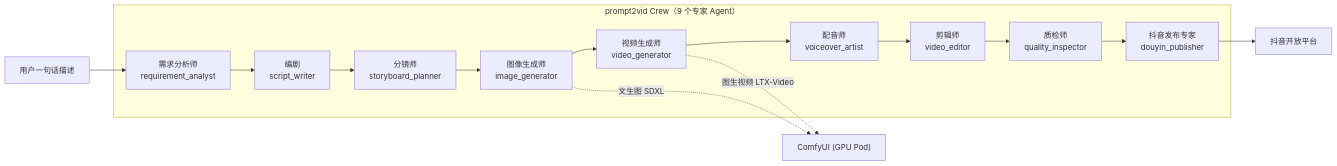
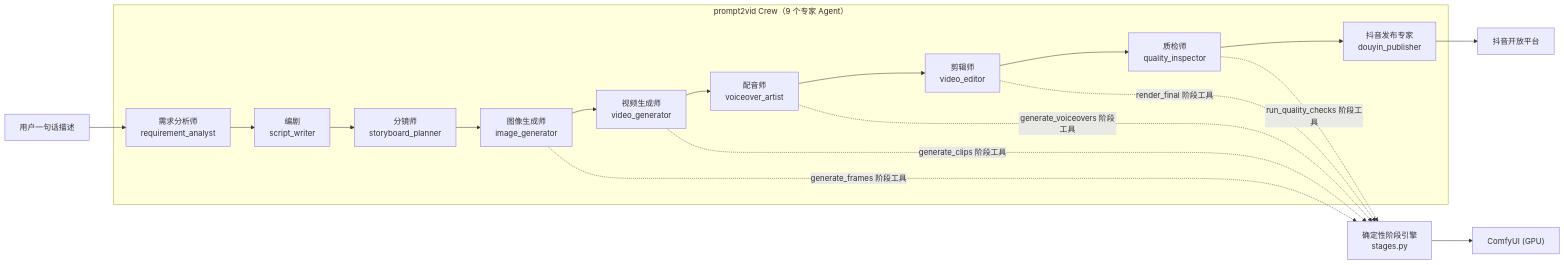
One commit to huo912/prompt2vid changed the diagram in README.md. Above: the diagram before and after it, drawn with Mermaid. The commit also changed other lines of this file and 44 other files, not shown here.

````diff
--- a/README.md
+++ b/README.md
@@ -18,17 +18,21 @@
 ```mermaid
 flowchart LR
     U["用户一句话描述"] --> A1
     subgraph CrewAI["prompt2vid Crew（9 个专家 Agent）"]
         A1["需求分析师<br/>requirement_analyst"] --> A2["编剧<br/>script_writer"]
         A2 --> A3["分镜师<br/>storyboard_planner"]
         A3 --> A4["图像生成师<br/>image_generator"]
         A4 --> A5["视频生成师<br/>video_generator"]
         A5 --> A6["配音师<br/>voiceover_artist"]
         A6 --> A7["剪辑师<br/>video_editor"]
         A7 --> A8["质检师<br/>quality_inspector"]
         A8 --> A9["抖音发布专家<br/>douyin_publisher"]
     end
-    A4 -. "文生图 SDXL" .-> C["ComfyUI (GPU Pod)"]
-    A5 -. "图生视频 LTX-Video" .-> C
+    A4 -. "generate_frames 阶段工具" .-> S["确定性阶段引擎<br/>stages.py"]
+    A5 -. "generate_clips 阶段工具" .-> S
+    A6 -. "generate_voiceovers 阶段工具" .-> S
+    A7 -. "render_final 阶段工具" .-> S
+    A8 -. "run_quality_checks 阶段工具" .-> S
+    S --> C["ComfyUI (GPU)"]
     A9 --> D["抖音开放平台"]
 ```
````
